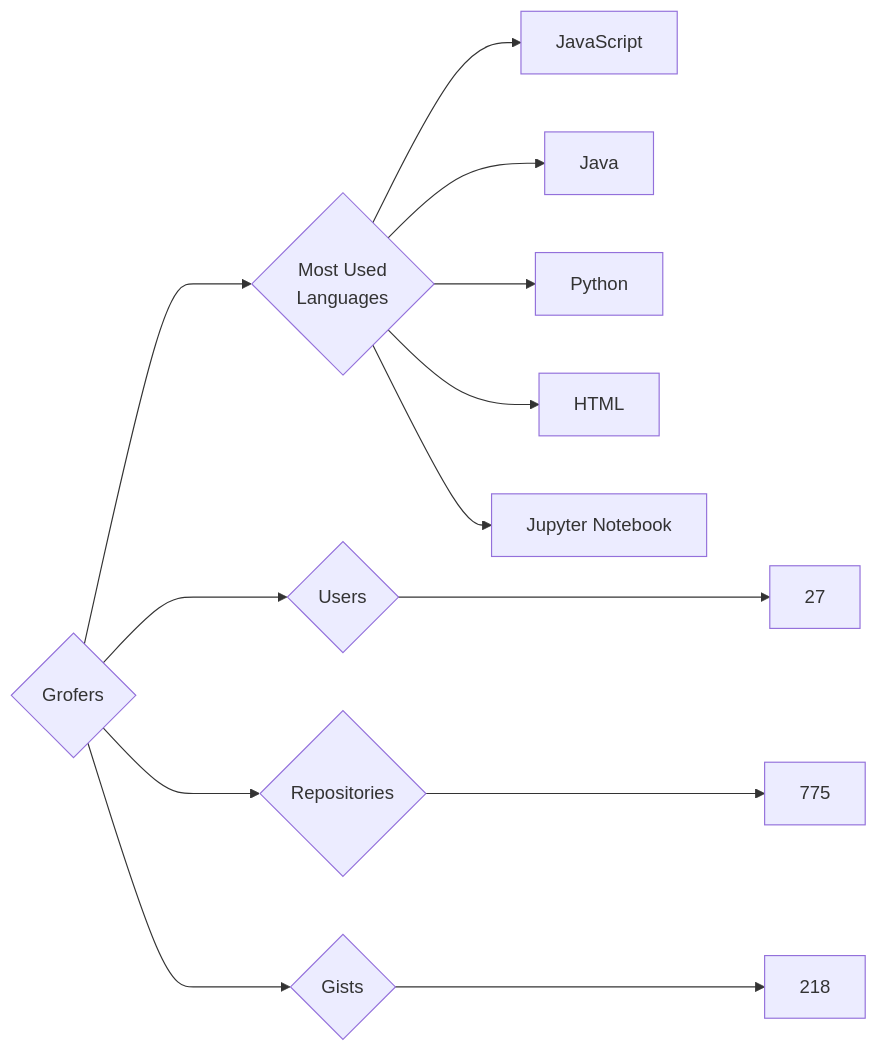
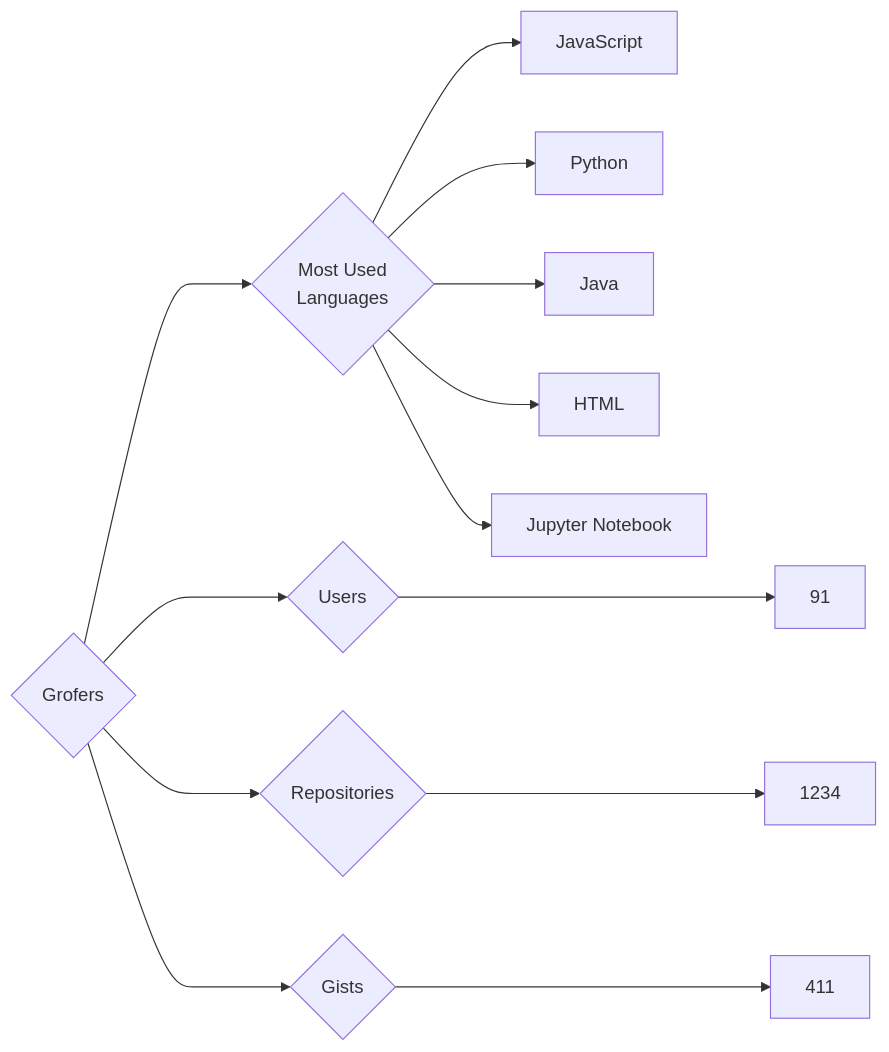
The diagram in targets/Grofers/README.md (trickest/insiders), drawn with Mermaid before and after one commit. The commit also changed 914 other files, not shown here.

````diff
--- a/targets/Grofers/README.md
+++ b/targets/Grofers/README.md
@@ -3,13 +3,13 @@
 ```mermaid
 graph LR
 COMPANY_NAME{Grofers}
-COMPANY_NAME ---> U{Users} ---> UN[27]
-COMPANY_NAME ---> R{Repositories} ---> RN[775]
-COMPANY_NAME ---> G{Gists} ---> GN[218]
+COMPANY_NAME ---> U{Users} ---> UN[91]
+COMPANY_NAME ---> R{Repositories} ---> RN[1234]
+COMPANY_NAME ---> G{Gists} ---> GN[411]
 COMPANY_NAME ---> ML{Most Used<br>Languages}
 ML --> JavaScript[JavaScript]
+ML --> Python[Python]
 ML --> Java[Java]
-ML --> Python[Python]
 ML --> HTML[HTML]
 ML --> Jupyter_Notebook[Jupyter Notebook]
 ```
````
